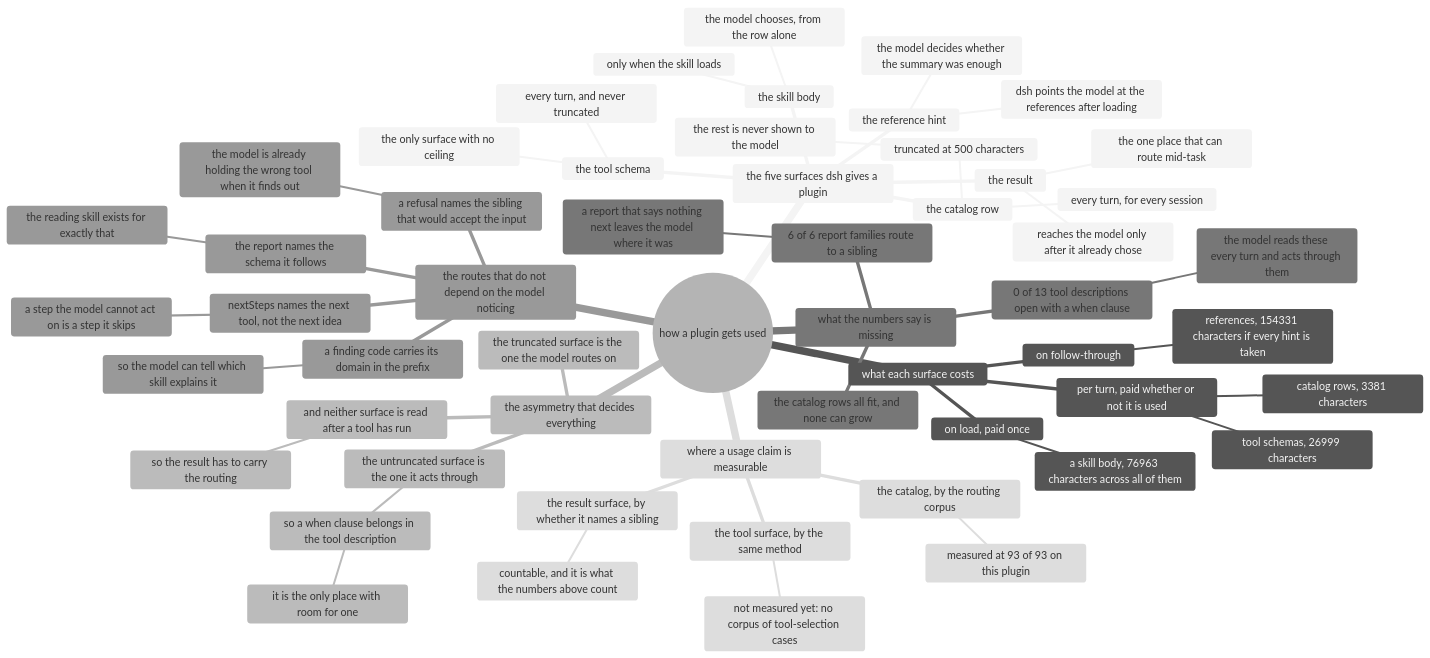
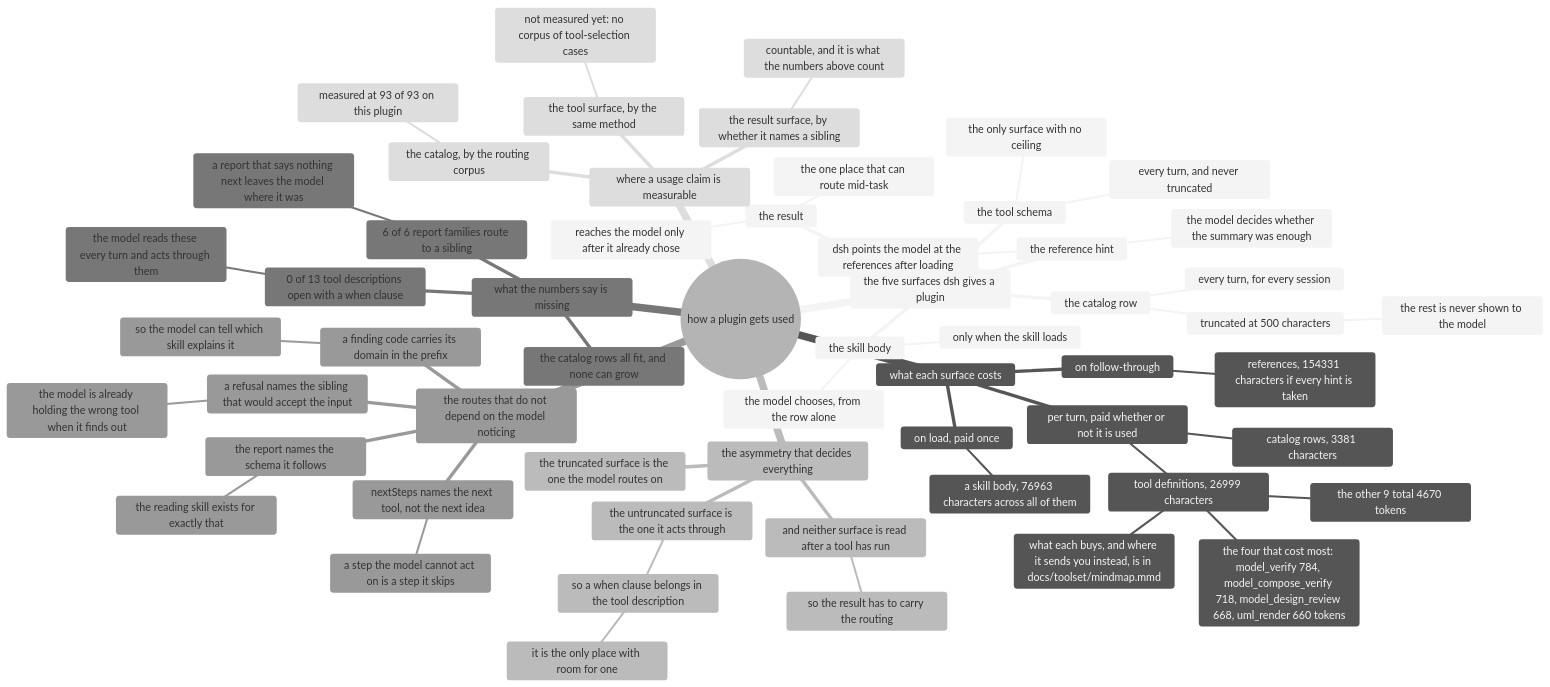
One commit to AmethystLuna/dsh-model-everything changed the diagram in docs/usage/mindmap.mmd. Above: the diagram before and after it, drawn with Mermaid (neutral theme). The commit also changed 1 other file, not shown here.

Commit message:
docs(usage): where the tool tokens actually sit
Both maps now measure a tool by its whole definition, so the usage map can say
where the always-visible tokens are: model_verify 784, model_compose_verify 718,
model_design_review 668, uml_render 660, and the other nine 4670 between them. The
per-tool breakdown of what each one buys lives in the toolset map, which is the one
about decisions.

```diff
--- a/docs/usage/mindmap.mmd
+++ b/docs/usage/mindmap.mmd
@@ -1,56 +1,59 @@
 mindmap
 root((how a plugin gets used))
   the five surfaces dsh gives a plugin
     the catalog row
       every turn, for every session
       truncated at 500 characters
         the rest is never shown to the model
     the skill body
       only when the skill loads
       the model chooses, from the row alone
     the reference hint
       dsh points the model at the references after loading
       the model decides whether the summary was enough
     the tool schema
       every turn, and never truncated
       the only surface with no ceiling
     the result
       reaches the model only after it already chose
       the one place that can route mid-task
   what each surface costs
     per turn, paid whether or not it is used
       catalog rows, 3381 characters
-      tool schemas, 26999 characters
+      tool definitions, 26999 characters
+        the four that cost most: model_verify 784, model_compose_verify 718, model_design_review 668, uml_render 660 tokens
+        the other 9 total 4670 tokens
+        what each buys, and where it sends you instead, is in docs/toolset/mindmap.mmd
     on load, paid once
       a skill body, 76963 characters across all of them
     on follow-through
       references, 154331 characters if every hint is taken
   the asymmetry that decides everything
     the truncated surface is the one the model routes on
     the untruncated surface is the one it acts through
       so a when clause belongs in the tool description
         it is the only place with room for one
     and neither surface is read after a tool has run
       so the result has to carry the routing
   what the numbers say is missing
     0 of 13 tool descriptions open with a when clause
       the model reads these every turn and acts through them
     6 of 6 report families route to a sibling
       a report that says nothing next leaves the model where it was
     the catalog rows all fit, and none can grow
   the routes that do not depend on the model noticing
     a refusal names the sibling that would accept the input
       the model is already holding the wrong tool when it finds out
     nextSteps names the next tool, not the next idea
       a step the model cannot act on is a step it skips
     a finding code carries its domain in the prefix
       so the model can tell which skill explains it
     the report names the schema it follows
       the reading skill exists for exactly that
   where a usage claim is measurable
     the catalog, by the routing corpus
       measured at 93 of 93 on this plugin
     the tool surface, by the same method
       not measured yet: no corpus of tool-selection cases
     the result surface, by whether it names a sibling
       countable, and it is what the numbers above count
```
